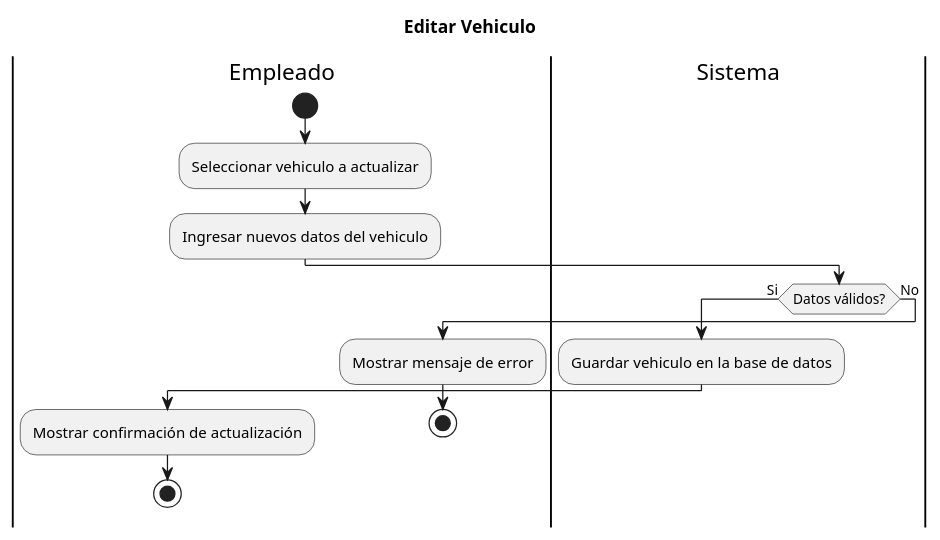
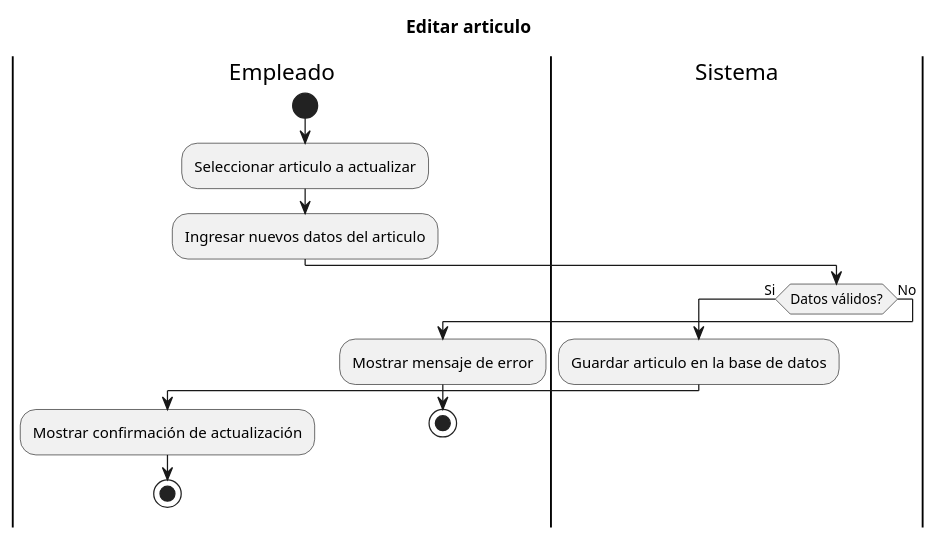
The diagram in Diagramas/diagramas_actividades/da_editar_articulo.plantuml (marcelolezcanodev/GarageGuru), drawn with PlantUML before and after one commit. The commit also changed 5 other files, not shown here.

Commit message:
Agregar nuevos diagramas de actividades

```diff
--- a/Diagramas/diagramas_actividades/da_editar_articulo.plantuml
+++ b/Diagramas/diagramas_actividades/da_editar_articulo.plantuml
@@ -1,17 +1,17 @@
-@startuml da_editar_vehiculo
-Title Editar Vehiculo
+@startuml da_editar_articulo
+Title Editar articulo
 |Empleado|
 start
-:Seleccionar vehiculo a actualizar;
-:Ingresar nuevos datos del vehiculo;
+:Seleccionar articulo a actualizar;
+:Ingresar nuevos datos del articulo;
 |Sistema|
 if (Datos válidos?) is (Si) then
-:Guardar vehiculo en la base de datos;
+:Guardar articulo en la base de datos;
 |Empleado|
 :Mostrar confirmación de actualización;
 stop
 else (No)
 |Empleado|
 :Mostrar mensaje de error;
 stop
 @enduml
```
